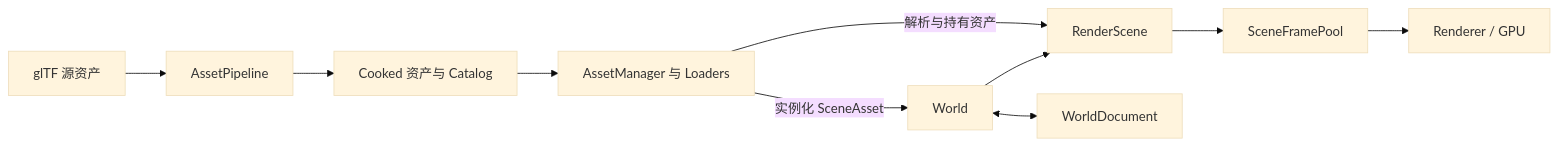
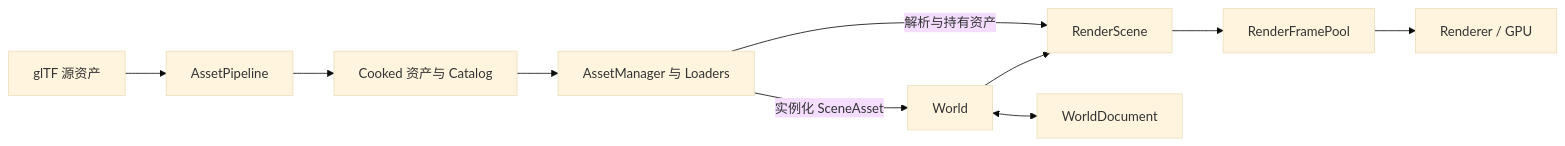
The diagram in Docs/WorldTutorial.md (hanyangl5/horizon), drawn with Mermaid (base theme) before and after one commit. The commit also changed other lines of this file and 8 other files, not shown here.

First line of the commit message:
Rename SceneFramePool and SceneFrameSnapshot to RenderFramePool and RenderFrame

````diff
--- a/Docs/WorldTutorial.md
+++ b/Docs/WorldTutorial.md
@@ -23,12 +23,12 @@
 ```mermaid
 flowchart LR
     source[glTF 源资产] --> cook[AssetPipeline]
     cook --> cooked[Cooked 资产与 Catalog]
     cooked --> assetManager[AssetManager 与 Loaders]
     assetManager -->|实例化 SceneAsset| world[World]
     world --> scene[RenderScene]
     assetManager -->|解析与持有资产| scene
-    scene --> frames[SceneFramePool]
+    scene --> frames[RenderFramePool]
     frames --> renderer[Renderer / GPU]
     world <--> document[WorldDocument]
 ```
````
